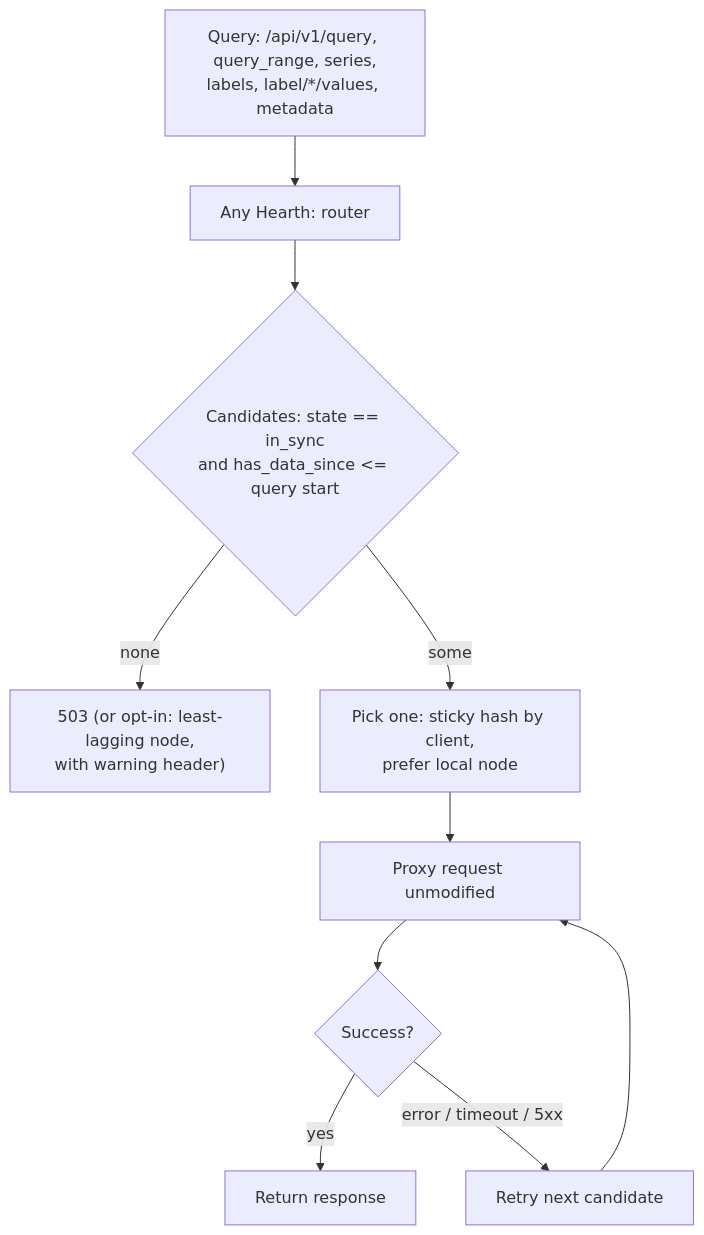
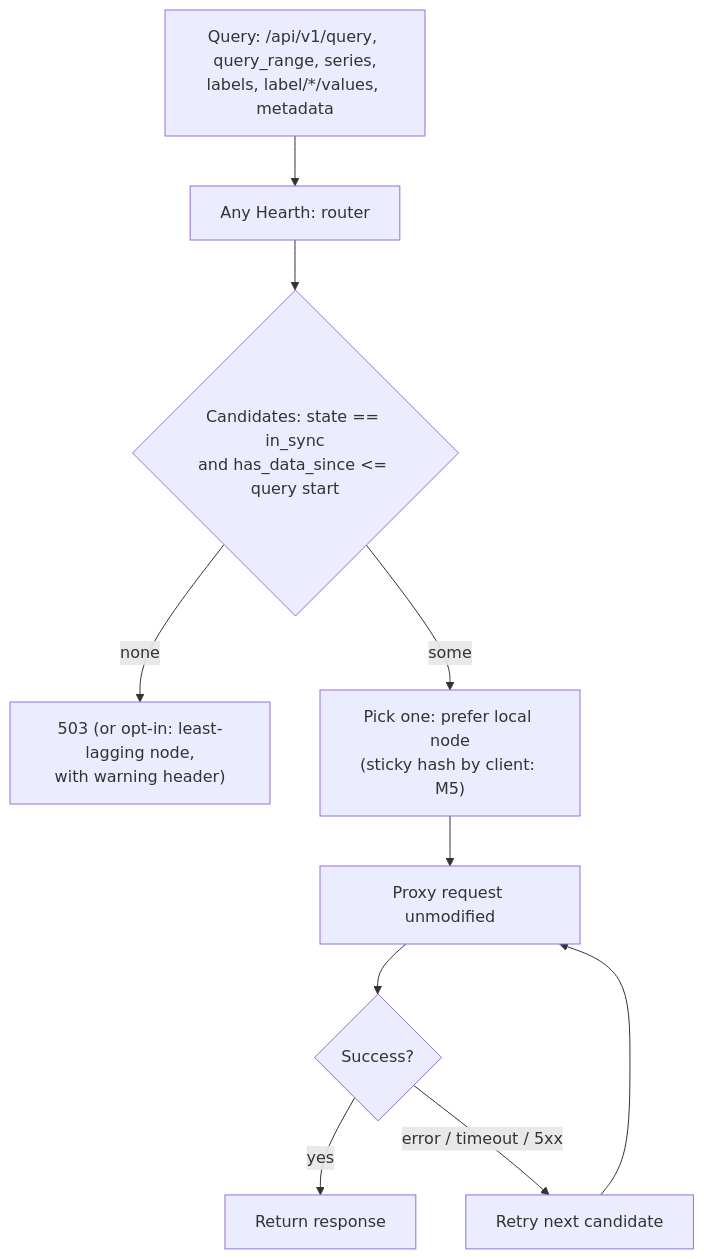
Before and after one commit to melonlorrd/hearth: the fourth of 7 diagrams in docs/design.md, drawn with Mermaid. The commit also changed other lines of this file and 8 other files, not shown here.

````diff
--- a/docs/design.md
+++ b/docs/design.md
@@ -173,11 +173,11 @@
 ```mermaid
 flowchart TD
     Q["Query: /api/v1/query, query_range, series,<br/>labels, label/*/values, metadata"] --> R["Any Hearth: router"]
     R --> F{"Candidates: state == in_sync<br/>and has_data_since <= query start"}
     F -- none --> E503["503 (or opt-in: least-lagging node,<br/>with warning header)"]
-    F -- some --> PICK["Pick one: sticky hash by client,<br/>prefer local node"]
+    F -- some --> PICK["Pick one: prefer local node<br/>(sticky hash by client: M5)"]
     PICK --> SEND["Proxy request unmodified"]
     SEND --> OK{"Success?"}
     OK -- yes --> RESP["Return response"]
     OK -- "error / timeout / 5xx" --> NEXT["Retry next candidate"] --> SEND
 ```
````
